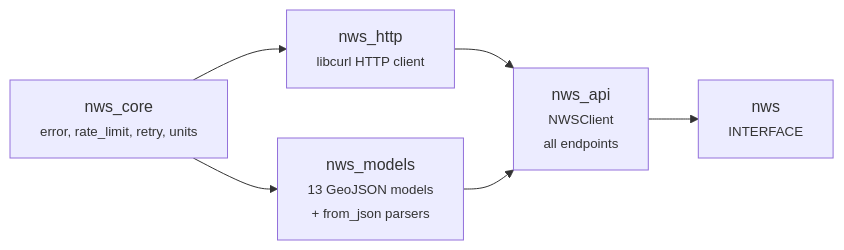
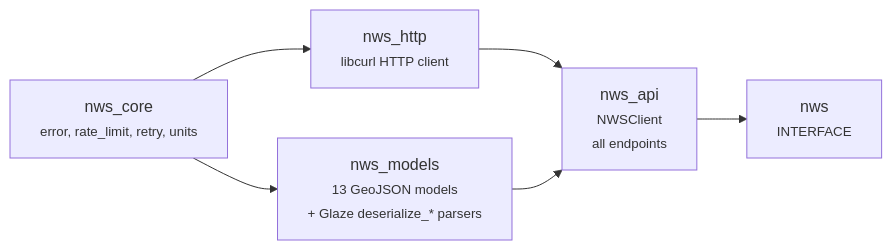
Before and after one commit to Reddimus/nws-cpp: the diagram in README.md, drawn with Mermaid. The commit also changed other lines of this file, not shown here.

First line of the commit message:
docs: scrub stale nlohmann/from_json claims from README (#11)

````diff
--- a/README.md
+++ b/README.md
@@ -98,14 +98,14 @@
 ```mermaid
 graph LR
     nws_core["nws_core<br/><small>error, rate_limit, retry, units</small>"]
     nws_http["nws_http<br/><small>libcurl HTTP client</small>"]
-    nws_models["nws_models<br/><small>13 GeoJSON models<br/>+ from_json parsers</small>"]
+    nws_models["nws_models<br/><small>13 GeoJSON models<br/>+ Glaze deserialize_* parsers</small>"]
     nws_api["nws_api<br/><small>NWSClient<br/>all endpoints</small>"]
     nws["nws<br/><small>INTERFACE</small>"]
 
     nws_core --> nws_http
     nws_core --> nws_models
     nws_http --> nws_api
     nws_models --> nws_api
     nws_api --> nws
 ```
````
